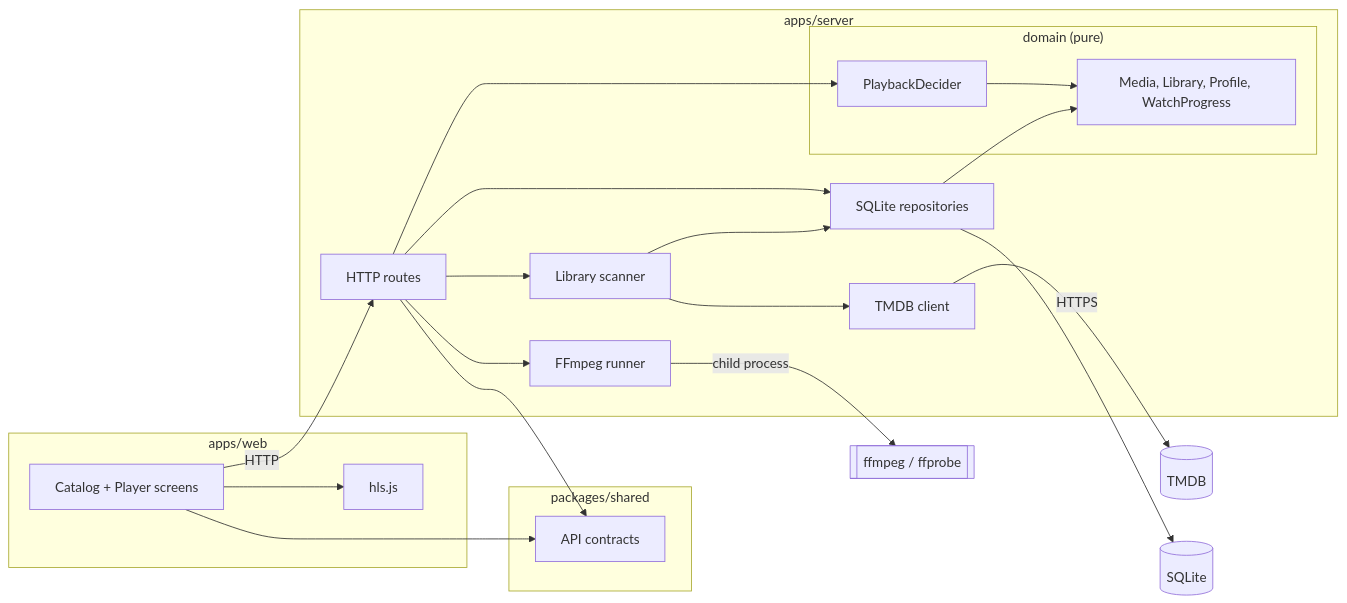
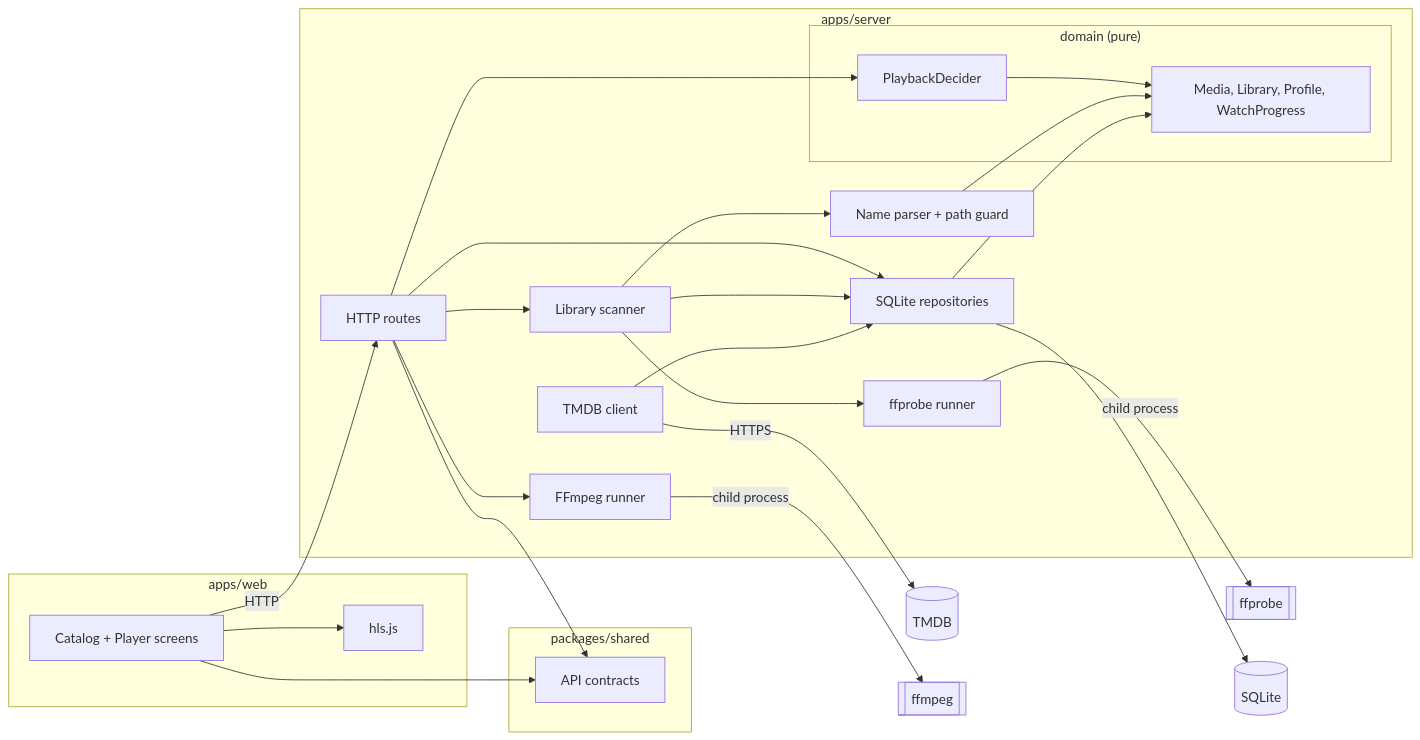
The diagram in docs/architecture/diagrams/playback/03-component.md (benoit-bremaud/popcorno), drawn with Mermaid before and after one commit. The commit also changed other lines of this file and 46 other files, not shown here.

````diff
--- a/docs/architecture/diagrams/playback/03-component.md
+++ b/docs/architecture/diagrams/playback/03-component.md
@@ -13,36 +13,42 @@
 ```mermaid
 flowchart LR
   subgraph Web ["apps/web"]
     UI[Catalog + Player screens]
     HLS[hls.js]
     UI --> HLS
   end
   subgraph Shared ["packages/shared"]
     Contracts[API contracts]
   end
   subgraph Server ["apps/server"]
     Routes[HTTP routes]
     subgraph Domain ["domain (pure)"]
       Decider[PlaybackDecider]
       Entities[Media, Library, Profile, WatchProgress]
     end
     Scan[Library scanner]
+    Parser[Name parser + path guard]
     Meta[TMDB client]
     Trans[FFmpeg runner]
+    Probe[ffprobe runner]
     Repo[SQLite repositories]
     Routes --> Decider
     Routes --> Repo
     Routes --> Trans
     Routes --> Scan
-    Scan --> Meta
+    Scan --> Parser
+    Scan --> Probe
     Scan --> Repo
+    Meta --> Repo
     Decider --> Entities
+    Parser --> Entities
     Repo --> Entities
   end
   UI --> Contracts
   Routes --> Contracts
   UI -->|"HTTP"| Routes
   Meta -->|"HTTPS"| TMDB[("TMDB")]
-  Trans -->|"child process"| FFmpeg[["ffmpeg / ffprobe"]]
+  Trans -->|"child process"| FFmpeg[["ffmpeg"]]
+  Probe -->|"child process"| FFprobe[["ffprobe"]]
   Repo --> DB[("SQLite")]
 ```
````
